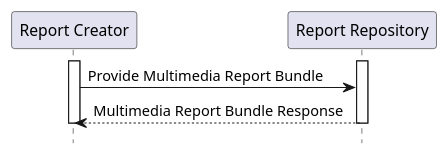
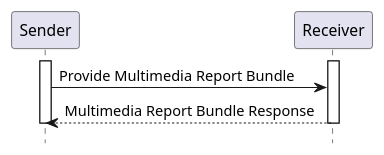
The diagram in input/images-source/RAD-Y1-seq.plantuml (IHE/RAD.IMR), drawn with PlantUML before and after one commit.

Commit message:
Updated to use Role names instead of actual actor names.

```diff
--- a/input/images-source/RAD-Y1-seq.plantuml
+++ b/input/images-source/RAD-Y1-seq.plantuml
@@ -1,15 +1,15 @@
 @startuml
 
 hide footbox
 
-participant "Report Creator" as Creator
-participant "Report Repository" as Repo
+participant "Sender" as Creator
+participant "Receiver" as Repo
 
 activate Creator
 activate Repo
 Creator->Repo: Provide Multimedia Report Bundle
 Repo-->Creator: Multimedia Report Bundle Response
 deactivate Repo
 deactivate Creator
 
 @enduml
```
